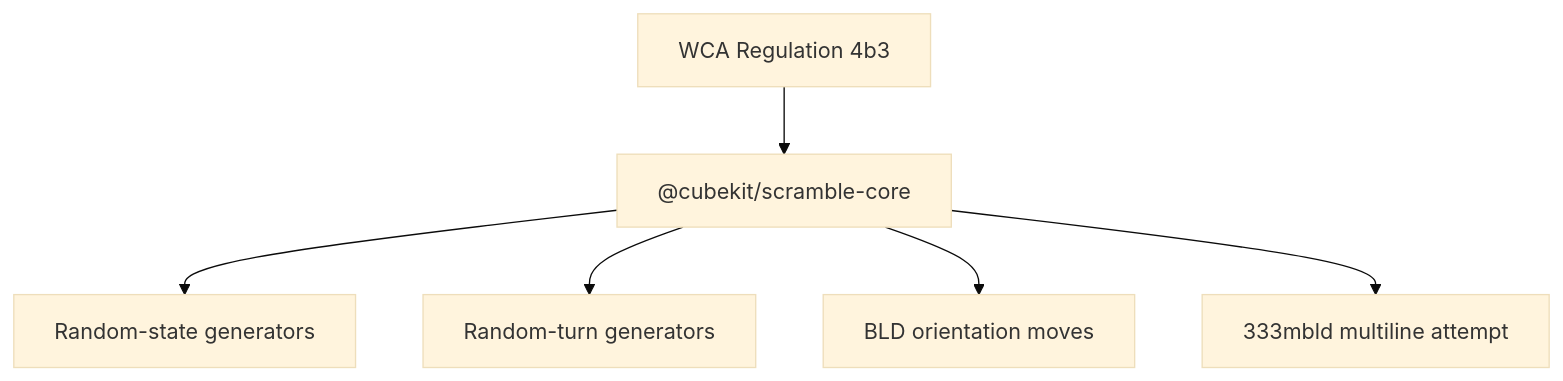
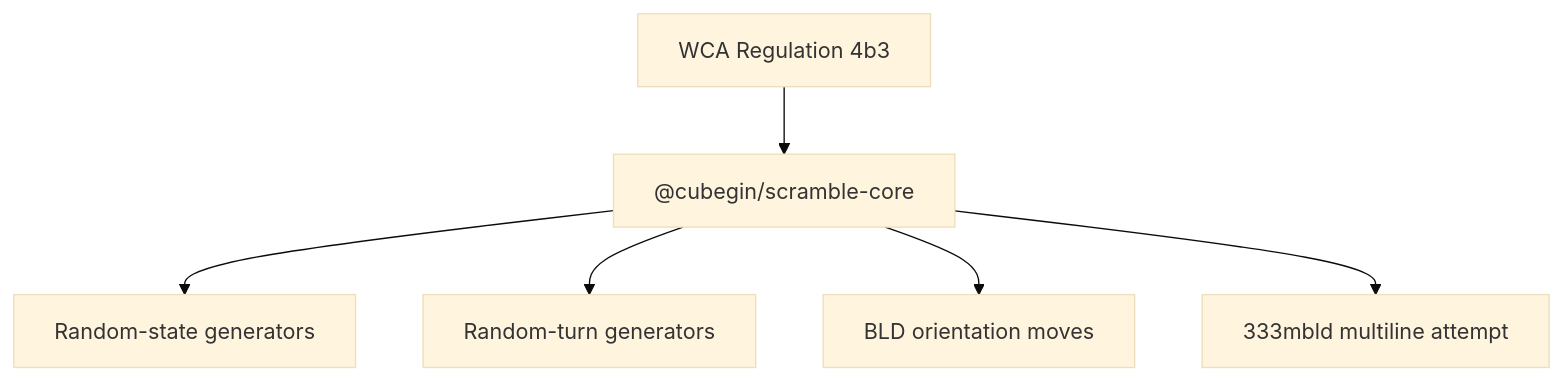
Before and after one commit to deweyou/cube-kit: the diagram in docs/packages/scramble-core/wca-generation-rules.md, drawn with Mermaid (base theme). The commit also changed other lines of this file and 164 other files, not shown here.

````diff
--- a/docs/packages/scramble-core/wca-generation-rules.md
+++ b/docs/packages/scramble-core/wca-generation-rules.md
@@ -3,8 +3,8 @@
 ```mermaid
 flowchart TD
-    WCA["WCA Regulation 4b3"] --> Core["@cubekit/scramble-core"]
+    WCA["WCA Regulation 4b3"] --> Core["@cubegin/scramble-core"]
     Core --> RandomState["Random-state generators"]
     Core --> RandomTurns["Random-turn generators"]
     Core --> NoInspection["BLD orientation moves"]
     Core --> MultiBlind["333mbld multiline attempt"]
 ```
````
